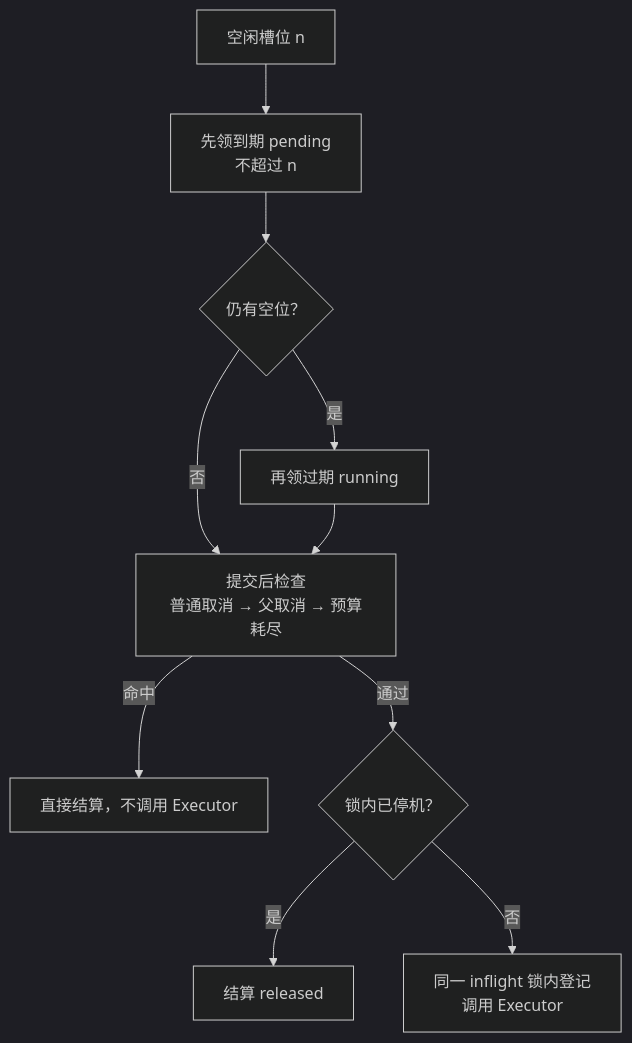
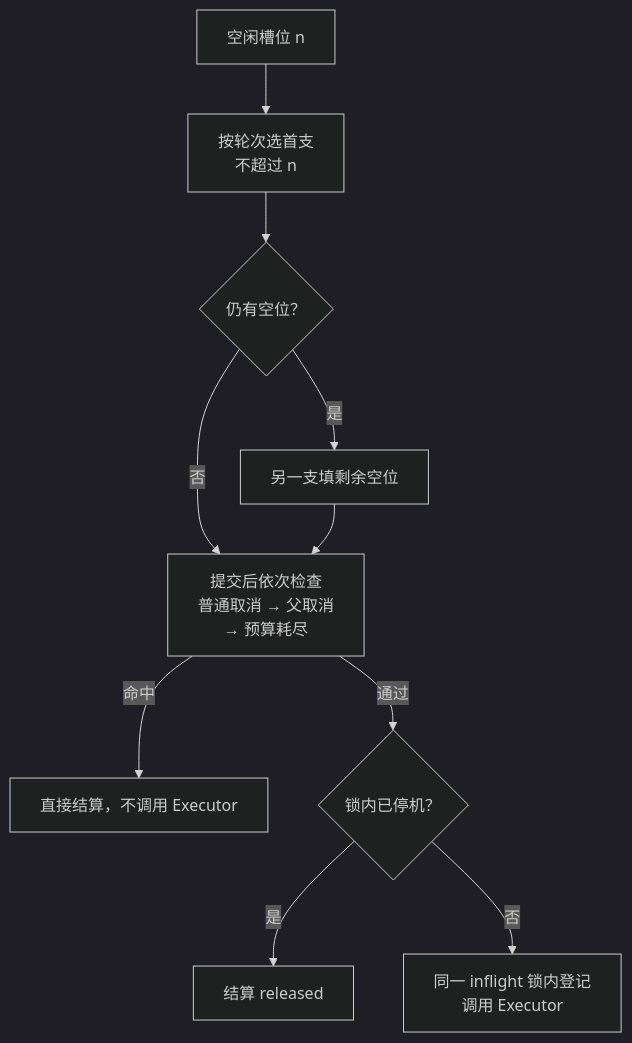
Before and after one commit to mbeoliero/skein: the fifth of 18 diagrams in docs/design.md, drawn with Mermaid (dark theme). The commit also changed other lines of this file and 77 other files, not shown here.

````diff
--- a/docs/design.md
+++ b/docs/design.md
@@ -190,12 +201,12 @@
 ```mermaid
 flowchart TB
-    FREE["空闲槽位 n"] --> P["先领到期 pending<br/>不超过 n"]
+    FREE["空闲槽位 n"] --> P["按轮次选首支<br/>不超过 n"]
     P --> ROOM{"仍有空位？"}
-    ROOM -->|是| R["再领过期 running"]
-    ROOM -->|否| CHECK["提交后检查<br/>普通取消 → 父取消 → 预算耗尽"]
+    ROOM -->|是| R["另一支填剩余空位"]
+    ROOM -->|否| CHECK["提交后依次检查<br/>普通取消 → 父取消<br/>→ 预算耗尽"]
     R --> CHECK
     CHECK -->|命中| SETTLE["直接结算，不调用 Executor"]
     CHECK -->|通过| ADMIT{"锁内已停机？"}
     ADMIT -->|是| RELEASE["结算 released"]
     ADMIT -->|否| RUN["同一 inflight 锁内登记<br/>调用 Executor"]
 ```
````
